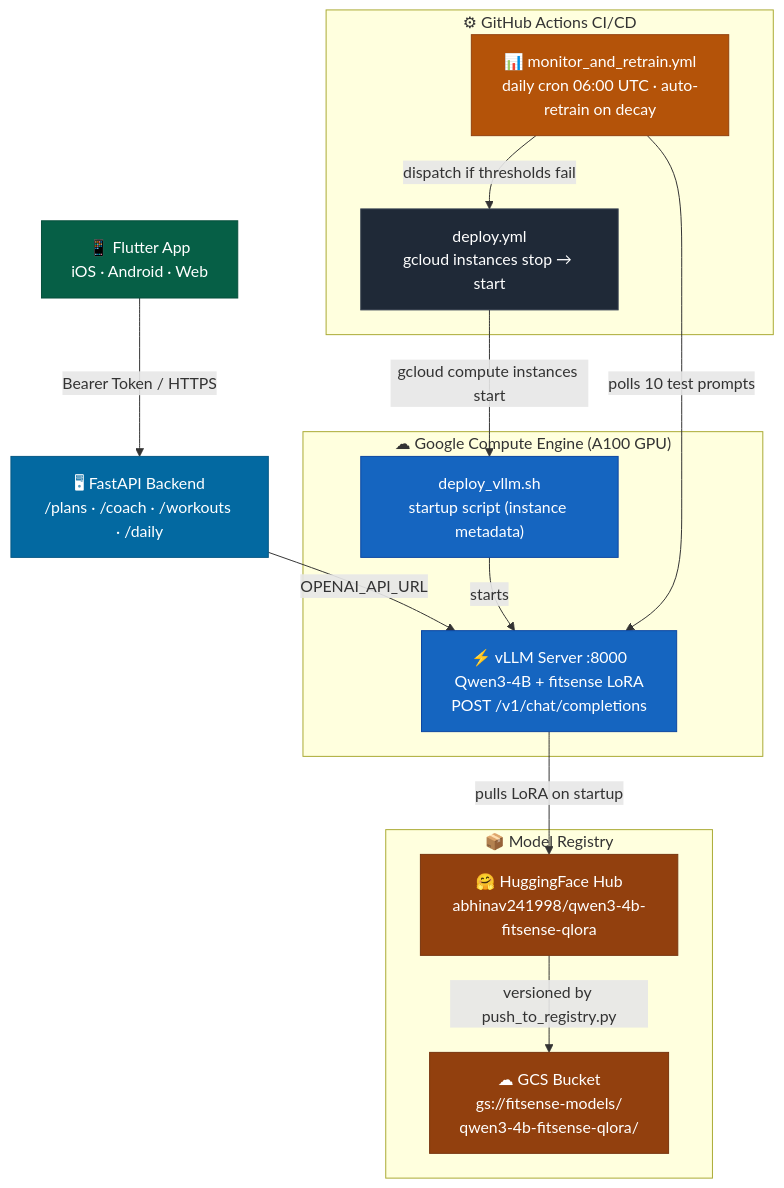
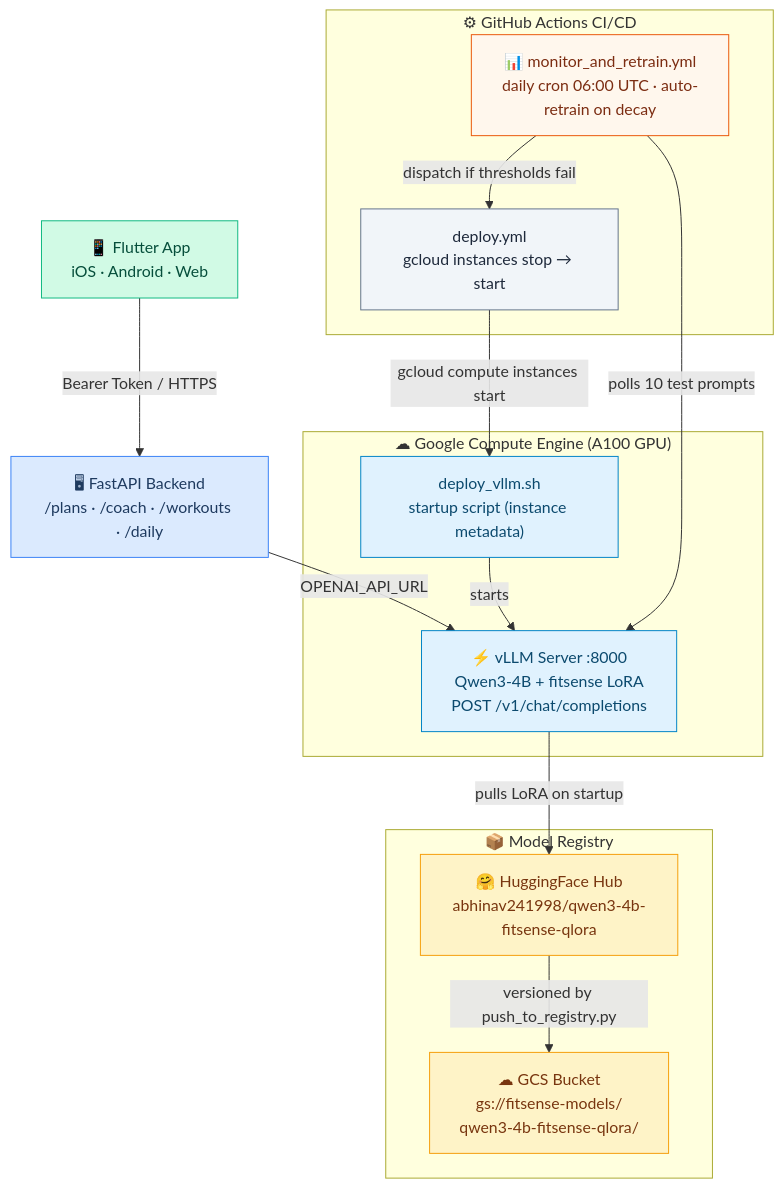
The first of 3 diagrams in Model-Deployment/README.md (abhinavdev24/FitSenseAI), drawn with Mermaid before and after one commit. The commit also changed other lines of this file and 2 other files, not shown here.

Commit message:
feat: Update mermaid diagram styles in README.md and backend/README.md for improved visual clarity

````diff
--- a/Model-Deployment/README.md
+++ b/Model-Deployment/README.md
@@ -21,37 +21,37 @@
 ```mermaid
 graph TB
-    classDef mobile   fill:#065f46,stroke:#064e3b,color:#fff
-    classDef backend  fill:#0369a1,stroke:#075985,color:#fff
-    classDef gcp      fill:#1565c0,stroke:#0d47a1,color:#fff
-    classDef registry fill:#92400e,stroke:#78350f,color:#fff
-    classDef cicd     fill:#1f2937,stroke:#374151,color:#fff
-    classDef monitor  fill:#b45309,stroke:#92400e,color:#fff
+    classDef mobile   fill:#d1fae5,stroke:#10b981,color:#064e3b
+    classDef backend  fill:#dbeafe,stroke:#3b82f6,color:#1e3a5f
+    classDef gcp      fill:#e0f2fe,stroke:#0284c7,color:#0c4a6e
+    classDef registry fill:#fef3c7,stroke:#f59e0b,color:#78350f
+    classDef cicd     fill:#f1f5f9,stroke:#64748b,color:#1e293b
+    classDef monitor  fill:#fff7ed,stroke:#ea580c,color:#7c2d12
 
     UI["📱 Flutter App\niOS · Android · Web"]:::mobile
 
     API["🖥 FastAPI Backend\n/plans · /coach · /workouts · /daily"]:::backend
 
     subgraph GCE["☁  Google Compute Engine  (A100 GPU)"]
         SCRIPT["deploy_vllm.sh\nstartup script (instance metadata)"]:::gcp
         VLLM["⚡ vLLM Server :8000\nQwen3-4B + fitsense LoRA\nPOST /v1/chat/completions"]:::gcp
     end
 
     subgraph REG["📦  Model Registry"]
         HF["🤗 HuggingFace Hub\nabhinav241998/qwen3-4b-fitsense-qlora"]:::registry
         GCS["☁ GCS Bucket\ngs://fitsense-models/\nqwen3-4b-fitsense-qlora/"]:::registry
     end
 
     subgraph GHA["⚙  GitHub Actions  CI/CD"]
         MON["📊 monitor_and_retrain.yml\ndaily cron 06:00 UTC · auto-retrain on decay"]:::monitor
         DEPLOY["deploy.yml\ngcloud instances stop → start"]:::cicd
     end
 
     UI     -->|"Bearer Token / HTTPS"| API
     API    -->|"OPENAI_API_URL"| VLLM
     SCRIPT -->|"starts"| VLLM
     VLLM   -->|"pulls LoRA on startup"| HF
     HF     -->|"versioned by push_to_registry.py"| GCS
     DEPLOY -->|"gcloud compute instances start"| SCRIPT
     MON    -->|"polls 10 test prompts"| VLLM
     MON    -->|"dispatch if thresholds fail"| DEPLOY
 ```
````
